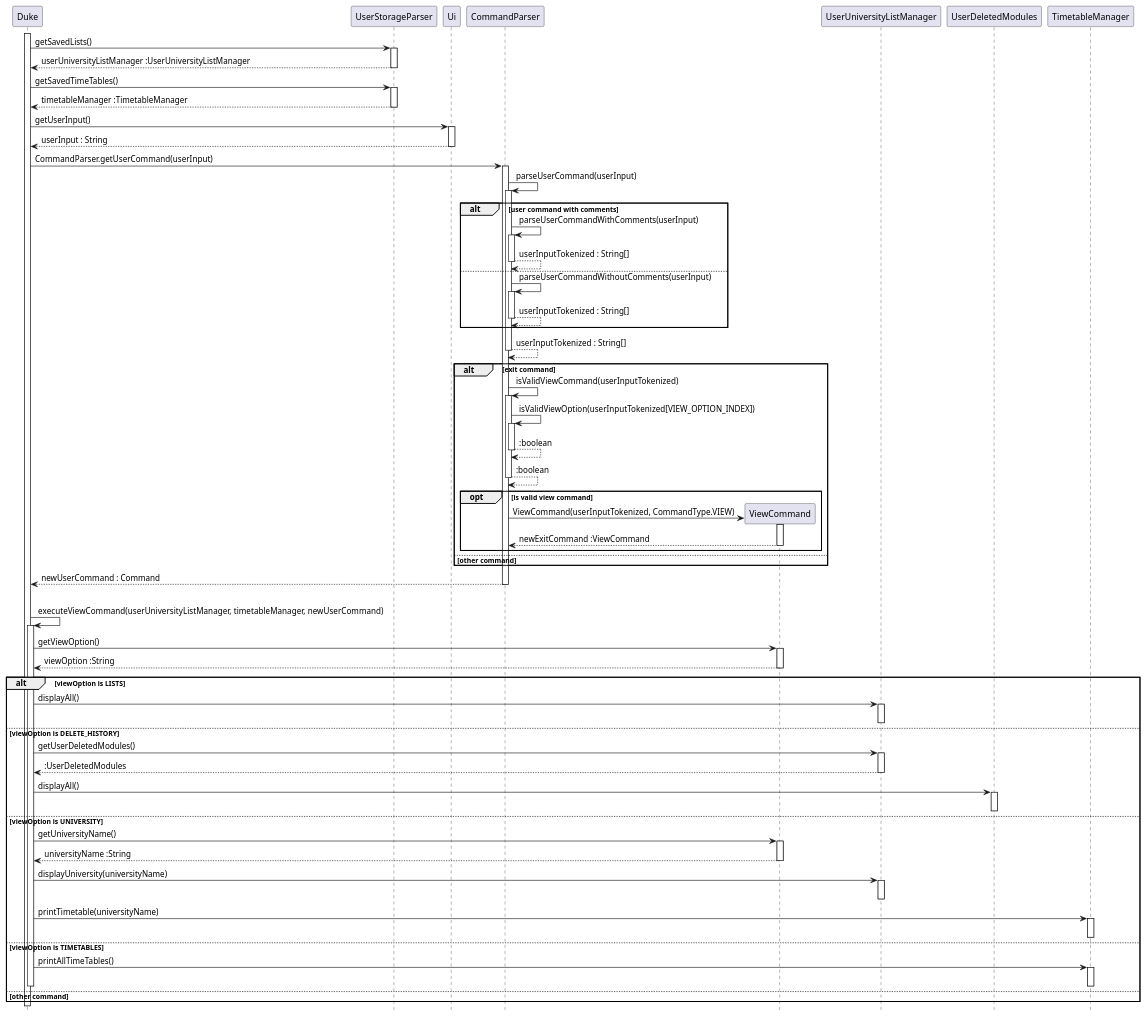
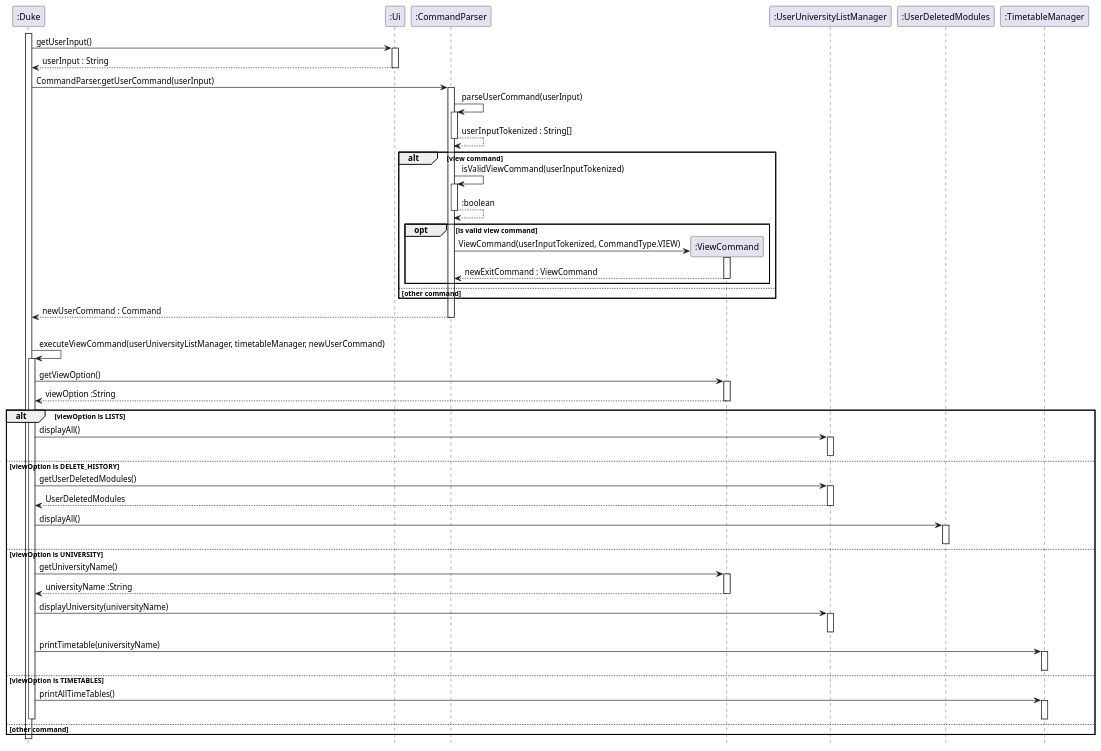
The diagram in docs/diagrams/ViewCommand_Sequence.puml (nus-cs2113-AY2223S1/tp), drawn with PlantUML before and after one commit. The commit also changed 17 other files, not shown here.

Commit message:
Update Sequence Diagrams

```diff
--- a/docs/diagrams/ViewCommand_Sequence.puml
+++ b/docs/diagrams/ViewCommand_Sequence.puml
@@ -1,136 +1,103 @@
 @startuml
 
 hide footbox
 
-activate Duke
+activate ":Duke"
 
-Duke -> UserStorageParser : getSavedLists()
-activate UserStorageParser
+":Duke" -> ":Ui" : getUserInput()
+activate ":Ui"
 
-UserStorageParser --> Duke : userUniversityListManager :UserUniversityListManager
-deactivate UserStorageParser
+":Ui" --> ":Duke" : userInput : String
+deactivate ":Ui"
 
-Duke -> UserStorageParser : getSavedTimeTables()
-activate UserStorageParser
+":Duke" -> ":CommandParser" : CommandParser.getUserCommand(userInput)
+activate ":CommandParser"
 
-UserStorageParser --> Duke : timetableManager :TimetableManager
-deactivate UserStorageParser
+":CommandParser" -> ":CommandParser" : parseUserCommand(userInput)
+activate ":CommandParser"
 
-Duke -> Ui : getUserInput()
-activate Ui
+":CommandParser" --> ":CommandParser" : userInputTokenized : String[]
+deactivate ":CommandParser"
 
-Ui --> Duke : userInput : String
-deactivate Ui
+alt view command
 
-Duke -> CommandParser : CommandParser.getUserCommand(userInput)
-activate CommandParser
+    ":CommandParser" -> ":CommandParser" : isValidViewCommand(userInputTokenized)
+    activate ":CommandParser"
 
-CommandParser -> CommandParser : parseUserCommand(userInput)
-activate CommandParser
-
-alt user command with comments
-    CommandParser -> CommandParser : parseUserCommandWithComments(userInput)
-    activate CommandParser
-
-    CommandParser --> CommandParser : userInputTokenized : String[]
-    deactivate CommandParser
-
-else
-    CommandParser -> CommandParser : parseUserCommandWithoutComments(userInput)
-    activate CommandParser
-
-    CommandParser --> CommandParser : userInputTokenized : String[]
-    deactivate CommandParser 
-end
-
-CommandParser --> CommandParser : userInputTokenized : String[]
-deactivate CommandParser
-
-alt exit command
-
-    CommandParser -> CommandParser : isValidViewCommand(userInputTokenized)
-    activate CommandParser
-
-    CommandParser -> CommandParser : isValidViewOption(userInputTokenized[VIEW_OPTION_INDEX])
-    activate CommandParser
-
-    CommandParser --> CommandParser : :boolean
-    deactivate CommandParser
-
-    CommandParser --> CommandParser : :boolean
-    deactivate CommandParser
+    ":CommandParser" --> ":CommandParser" : :boolean
+    deactivate ":CommandParser"
 
     opt is valid view command
 
-        create ViewCommand
-        CommandParser -> ViewCommand : ViewCommand(userInputTokenized, CommandType.VIEW)
-        activate ViewCommand
+        create ":ViewCommand"
+        ":CommandParser" -> ":ViewCommand" : ViewCommand(userInputTokenized, CommandType.VIEW)
+        activate ":ViewCommand"
 
-        ViewCommand --> CommandParser : newExitCommand :ViewCommand
-        deactivate ViewCommand
+        ":ViewCommand" --> ":CommandParser" : newExitCommand : ViewCommand
+        deactivate ":ViewCommand"
     end
 
 else other command
 
 end
 
-CommandParser --> Duke : newUserCommand : Command
-deactivate CommandParser
+":CommandParser" --> ":Duke" : newUserCommand : Command
+deactivate ":CommandParser"
 
 alt exit command
 
-Duke -> Duke : executeViewCommand(userUniversityListManager, timetableManager, newUserCommand)
-activate Duke
+":Duke" -> ":Duke" : executeViewCommand(userUniversityListManager, timetableManager, newUserCommand)
+activate ":Duke"
 
-   Duke -> ViewCommand : getViewOption()
-   activate ViewCommand
+   ":Duke" -> ":ViewCommand" : getViewOption()
+   activate ":ViewCommand"
 
-   ViewCommand --> Duke : viewOption :String
-   deactivate ViewCommand
+   ":ViewCommand" --> ":Duke" : viewOption :String
+   deactivate ":ViewCommand"
 
    alt viewOption is LISTS
-   Duke -> UserUniversityListManager : displayAll()
-   activate UserUniversityListManager
+   ":Duke" -> ":UserUniversityListManager" : displayAll()
+   activate ":UserUniversityListManager"
 
-   deactivate UserUniversityListManager
+   deactivate ":UserUniversityListManager"
    else viewOption is DELETE_HISTORY
-    Duke -> UserUniversityListManager : getUserDeletedModules()
-    activate UserUniversityListManager
+    ":Duke" -> ":UserUniversityListManager" : getUserDeletedModules()
+    activate ":UserUniversityListManager"
 
-    UserUniversityListManager --> Duke : :UserDeletedModules
-    deactivate UserUniversityListManager
+    ":UserUniversityListManager" --> ":Duke" : UserDeletedModules
+    deactivate ":UserUniversityListManager"
 
-    Duke -> UserDeletedModules : displayAll()
-    activate UserDeletedModules
+    ":Duke" -> ":UserDeletedModules" : displayAll()
+    activate ":UserDeletedModules"
 
-    deactivate UserDeletedModules
+    deactivate ":UserDeletedModules"
 
    else viewOption is UNIVERSITY
-    Duke -> ViewCommand : getUniversityName()
-    activate ViewCommand
+    ":Duke" -> ":ViewCommand" : getUniversityName()
+    activate ":ViewCommand"
 
-    ViewCommand --> Duke : universityName :String
-    deactivate ViewCommand
-    Duke -> UserUniversityListManager : displayUniversity(universityName)
-    activate UserUniversityListManager
+    ":ViewCommand" --> ":Duke" : universityName :String
+    deactivate ":ViewCommand"
+    ":Duke" -> ":UserUniversityListManager" : displayUniversity(universityName)
+    activate ":UserUniversityListManager"
 
-    deactivate UserUniversityListManager
-    Duke -> TimetableManager : printTimetable(universityName)
-    activate TimetableManager
+    deactivate ":UserUniversityListManager"
+    ":Duke" -> ":TimetableManager" : printTimetable(universityName)
+    activate ":TimetableManager"
 
-    deactivate TimetableManager
+    deactivate ":TimetableManager"
 
    else viewOption is TIMETABLES
-    Duke -> TimetableManager : printAllTimeTables()
-    activate TimetableManager
+    ":Duke" -> ":TimetableManager" : printAllTimeTables()
+    activate ":TimetableManager"
 
-    deactivate TimetableManager
+    deactivate ":TimetableManager"
 
 else other command
-deactivate Duke
+deactivate ":Duke"
 
 end
 
-deactivate Duke
+deactivate ":Duke"
 
 @enduml
```
